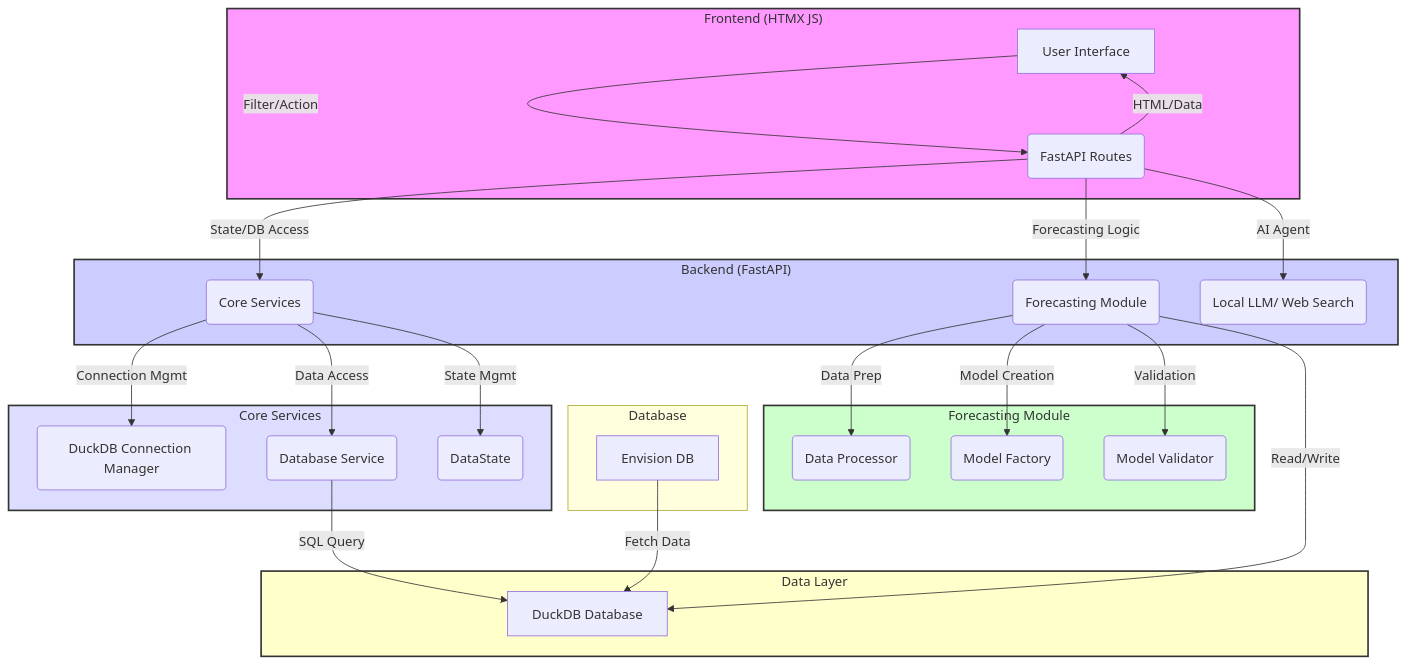
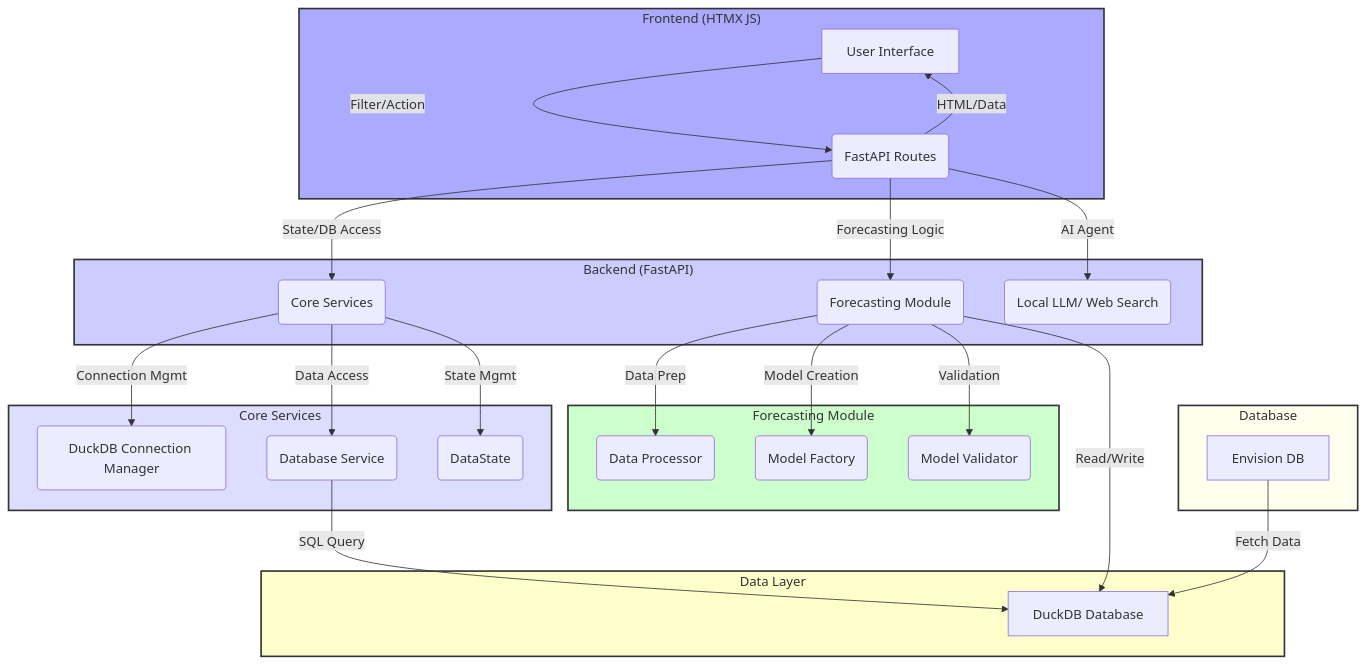
Before and after one commit to mswastik/fa-fcst: the first of 2 diagrams in ARCHITECTURE.md, drawn with Mermaid.

Commit message:
update mermaid diagram

````diff
--- a/ARCHITECTURE.md
+++ b/ARCHITECTURE.md
@@ -9,42 +9,42 @@
 ```mermaid
 graph TD
     subgraph Frontend["Frontend (HTMX JS)"]
         A[User Interface] -- Filter/Action --> B(FastAPI Routes)
         B -- HTML/Data --> A
     end
 
     subgraph Backend["Backend (FastAPI)"]
         B -- State/DB Access --> C(Core Services)
         B -- Forecasting Logic --> D(Forecasting Module)
         B -- AI Agent --> E(Local LLM/ Web Search)
     end
 
     subgraph CoreServices["Core Services"]
         C -- Connection Mgmt --> F(DuckDB Connection Manager)
         C -- Data Access --> G(Database Service)
         C -- State Mgmt --> H(DataState)
     end
 
     subgraph DataLayer["Data Layer"]
         G -- SQL Query --> I[DuckDB Database]
-        
-    end
-
-    subgraph Database
-        J[Envision DB] -- Fetch Data --> I
     end
 
     subgraph ForecastingModule["Forecasting Module"]
         D -- Data Prep --> K(Data Processor)
         D -- Model Creation --> L(Model Factory)
         D -- Validation --> M(Model Validator)
     end
 
     D -- Read/Write --> I
 
-    style Frontend fill:#f9f,stroke:#333,stroke-width:2px
+    subgraph Database["Database"]
+        J[Envision DB] -- Fetch Data --> I
+    end
+
+    style Frontend fill:#aaf,stroke:#333,stroke-width:2px
     style Backend fill:#ccf,stroke:#333,stroke-width:2px
     style CoreServices fill:#ddf,stroke:#333,stroke-width:2px
     style ForecastingModule fill:#cfc,stroke:#333,stroke-width:2px
     style DataLayer fill:#ffc,stroke:#333,stroke-width:2px
+    style Database fill:#ffe,stroke:#333,stroke-width:2px
 ```
````
